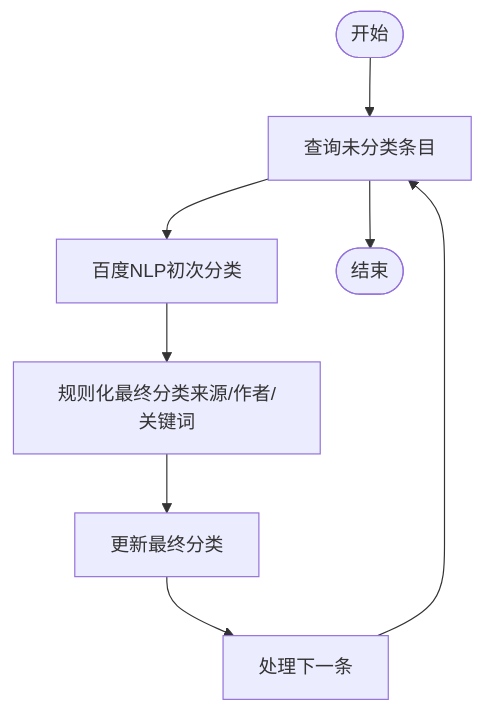
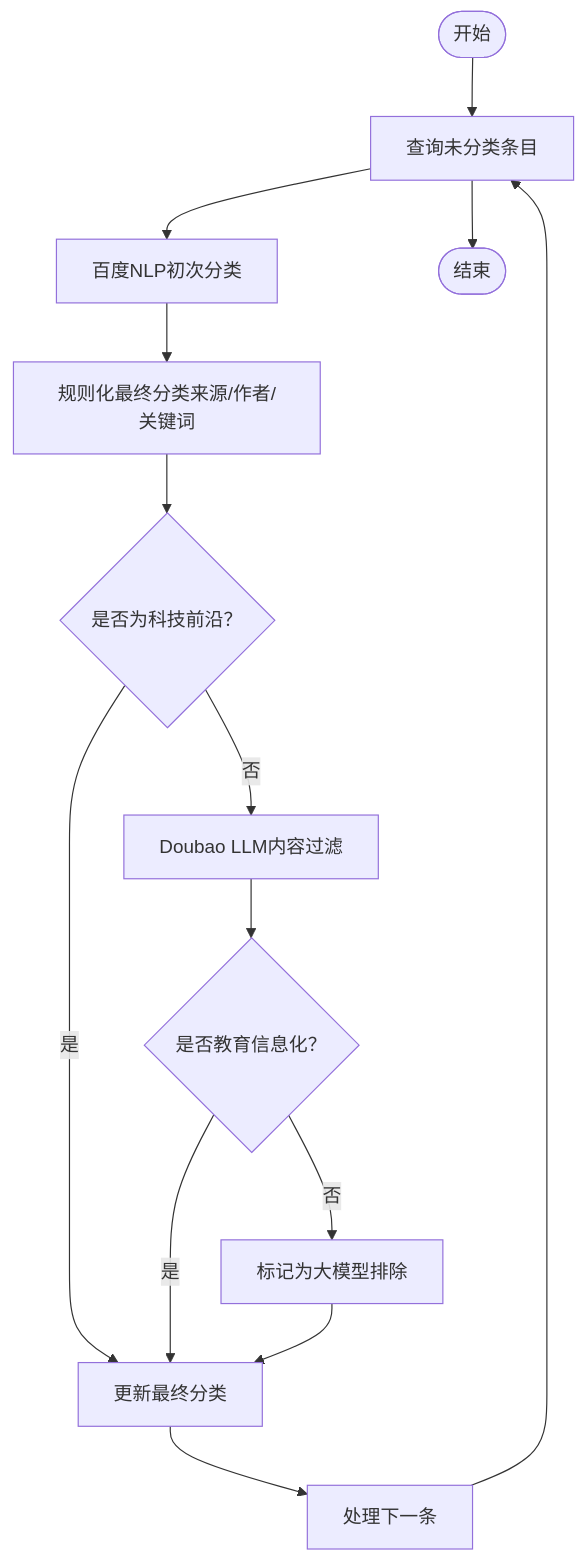
One commit to dengwanqian/news-exacter changed the sixth of 7 diagrams in .qoder/repowiki/zh/content/分类系统设计/分类系统设计.md. Above: the diagram before and after it, drawn with Mermaid. The commit also changed other lines of this file and 7 other files, not shown here.

````diff
--- a/.qoder/repowiki/zh/content/分类系统设计/分类系统设计.md
+++ b/.qoder/repowiki/zh/content/分类系统设计/分类系统设计.md
@@ -253,10 +267,16 @@
 ```mermaid
 flowchart TD
 S(["开始"]) --> Fetch["查询未分类条目"]
 Fetch --> ClassifyOnce["百度NLP初次分类"]
 ClassifyOnce --> RuleApply["规则化最终分类来源/作者/关键词"]
-RuleApply --> Update["更新最终分类"]
+RuleApply --> LLMFilter{"是否为科技前沿？"}
+LLMFilter --> |是| Update["更新最终分类"]
+LLMFilter --> |否| DoubaoCheck["Doubao LLM内容过滤"]
+DoubaoCheck --> IsEdu{"是否教育信息化？"}
+IsEdu --> |是| Update
+IsEdu --> |否| MarkExclude["标记为大模型排除"]
+MarkExclude --> Update
 Update --> Next["处理下一条"]
 Next --> Fetch
 Fetch --> E(["结束"])
 ```
````
